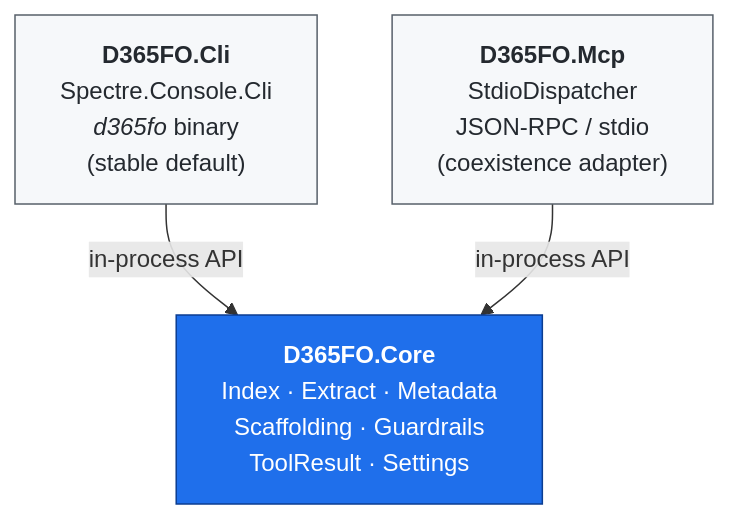
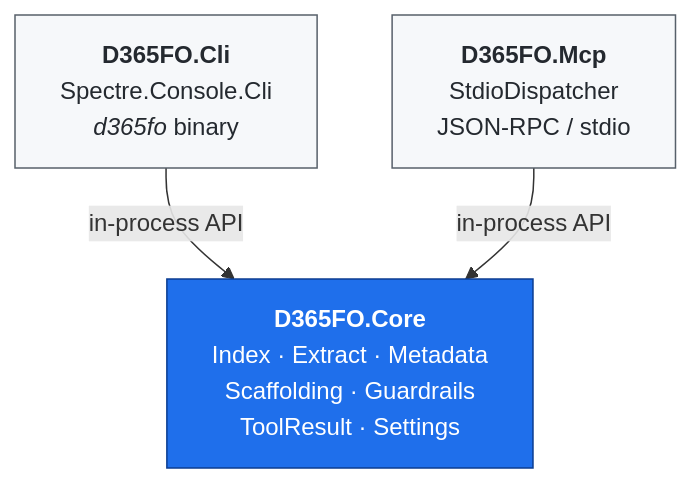
One commit to lelemm/d365fo-cli changed the diagram in docs/ARCHITECTURE.md. Above: the diagram before and after it, drawn with Mermaid. The commit also changed other lines of this file and 15 other files, not shown here.

````diff
--- a/docs/ARCHITECTURE.md
+++ b/docs/ARCHITECTURE.md
@@ -25,15 +11,15 @@
 ```mermaid
 flowchart TB
     Core["<b>D365FO.Core</b><br/>Index · Extract · Metadata<br/>Scaffolding · Guardrails<br/>ToolResult · Settings"]
 
-    Cli["<b>D365FO.Cli</b><br/>Spectre.Console.Cli<br/><i>d365fo</i> binary<br/>(stable default)"]
-    Mcp["<b>D365FO.Mcp</b><br/>StdioDispatcher<br/>JSON-RPC / stdio<br/>(coexistence adapter)"]
+    Cli["<b>D365FO.Cli</b><br/>Spectre.Console.Cli<br/><i>d365fo</i> binary"]
+    Mcp["<b>D365FO.Mcp</b><br/>StdioDispatcher<br/>JSON-RPC / stdio"]
 
     Cli  -- "in-process API" --> Core
     Mcp  -- "in-process API" --> Core
 
     classDef core fill:#1f6feb,stroke:#0b3d91,color:#fff,stroke-width:1px;
     classDef adapter fill:#f6f8fa,stroke:#57606a,color:#24292f,stroke-width:1px;
     class Core core;
     class Cli,Mcp adapter;
 ```
````
